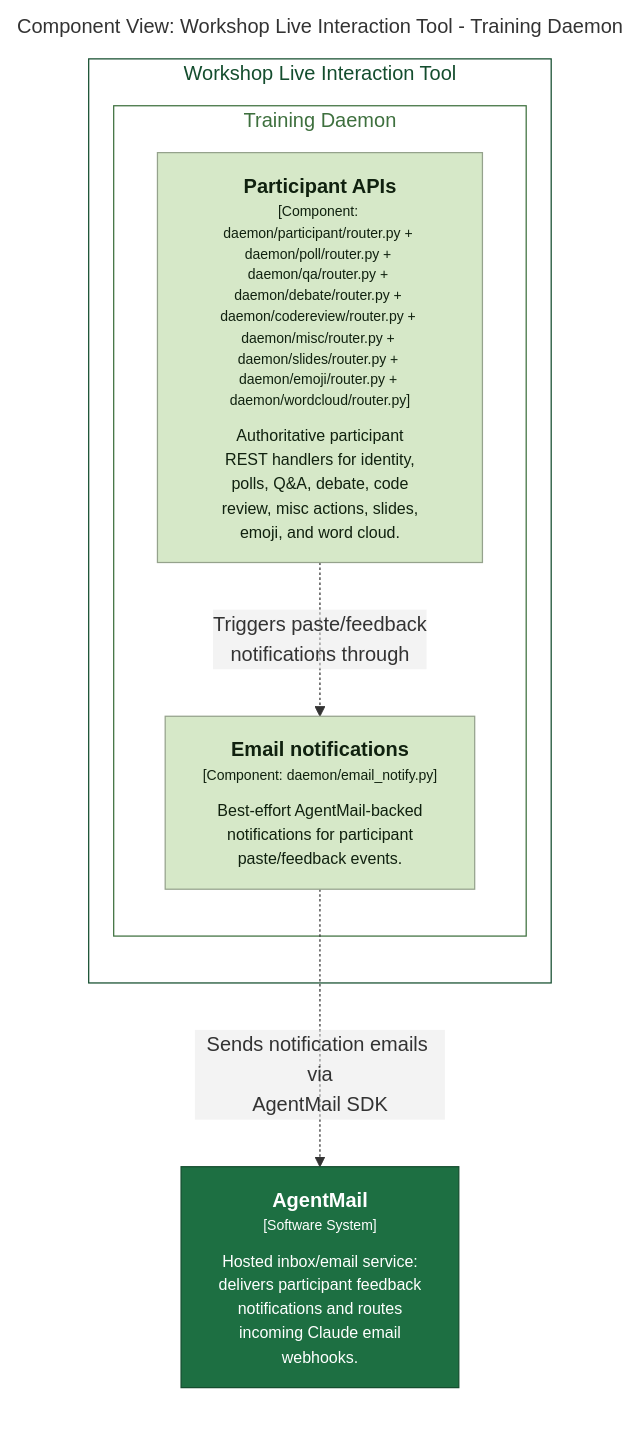
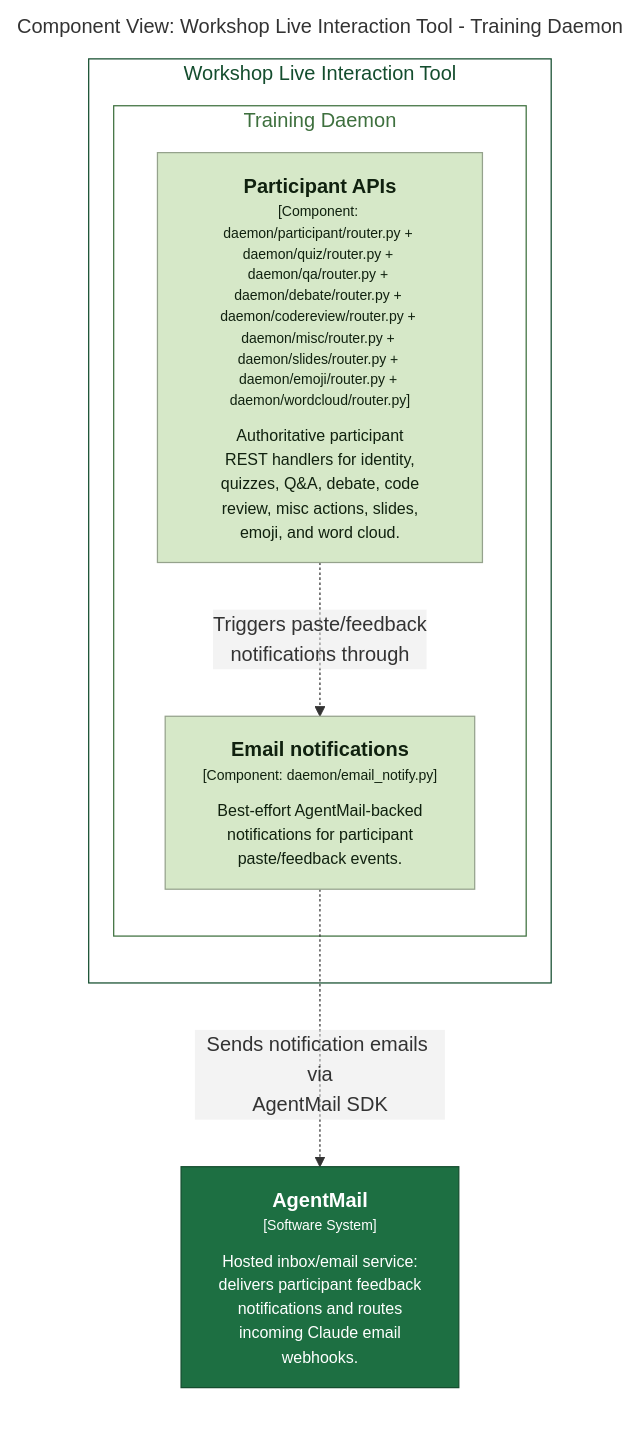
One commit to victorrentea/training-assistant changed the diagram in docs/c4views/C3-Daemon-Notifications.mmd. Above: the diagram before and after it, drawn with Mermaid. The commit also changed 192 other files, not shown here.

First line of the commit message:
refactor: rename Poll feature → Quiz (codebase, wire protocol, docs)

```diff
--- a/docs/c4views/C3-Daemon-Notifications.mmd
+++ b/docs/c4views/C3-Daemon-Notifications.mmd
@@ -1,27 +1,27 @@
 graph LR
   linkStyle default fill:#ffffff
 
   subgraph diagram ["Component View: Workshop Live Interaction Tool - Training Daemon"]
     style diagram fill:#ffffff,stroke:#ffffff
 
     7["<div style='font-weight: bold'>AgentMail</div><div style='font-size: 70%; margin-top: 0px'>[Software System]</div><div style='font-size: 80%; margin-top:10px'>Hosted inbox/email service:<br />delivers participant feedback<br />notifications and routes<br />incoming Claude email<br />webhooks.</div>"]
     style 7 fill:#1d6f42,stroke:#144d2e,color:#ffffff
 
     subgraph 10 ["Workshop Live Interaction Tool"]
       style 10 fill:#ffffff,stroke:#144d2e,color:#144d2e
 
       subgraph 23 ["Training Daemon"]
         style 23 fill:#ffffff,stroke:#3e703e,color:#3e703e
 
-        26["<div style='font-weight: bold'>Participant APIs</div><div style='font-size: 70%; margin-top: 0px'>[Component: daemon/participant/router.py + daemon/poll/router.py + daemon/qa/router.py + daemon/debate/router.py + daemon/codereview/router.py + daemon/misc/router.py + daemon/slides/router.py + daemon/emoji/router.py + daemon/wordcloud/router.py]</div><div style='font-size: 80%; margin-top:10px'>Authoritative participant<br />REST handlers for identity,<br />polls, Q&A, debate, code<br />review, misc actions, slides,<br />emoji, and word cloud.</div>"]
+        26["<div style='font-weight: bold'>Participant APIs</div><div style='font-size: 70%; margin-top: 0px'>[Component: daemon/participant/router.py + daemon/quiz/router.py + daemon/qa/router.py + daemon/debate/router.py + daemon/codereview/router.py + daemon/misc/router.py + daemon/slides/router.py + daemon/emoji/router.py + daemon/wordcloud/router.py]</div><div style='font-size: 80%; margin-top:10px'>Authoritative participant<br />REST handlers for identity,<br />quizzes, Q&A, debate, code<br />review, misc actions, slides,<br />emoji, and word cloud.</div>"]
         style 26 fill:#d6e8c8,stroke:#95a28c,color:#10210f
         39["<div style='font-weight: bold'>Email notifications</div><div style='font-size: 70%; margin-top: 0px'>[Component: daemon/email_notify.py]</div><div style='font-size: 80%; margin-top:10px'>Best-effort AgentMail-backed<br />notifications for participant<br />paste/feedback events.</div>"]
         style 39 fill:#d6e8c8,stroke:#95a28c,color:#10210f
       end
 
     end
 
     39-. "<div>Sends notification emails via<br />AgentMail SDK</div><div style='font-size: 70%'></div>" .->7
     26-. "<div>Triggers paste/feedback<br />notifications through</div><div style='font-size: 70%'></div>" .->39
 
   end
```
